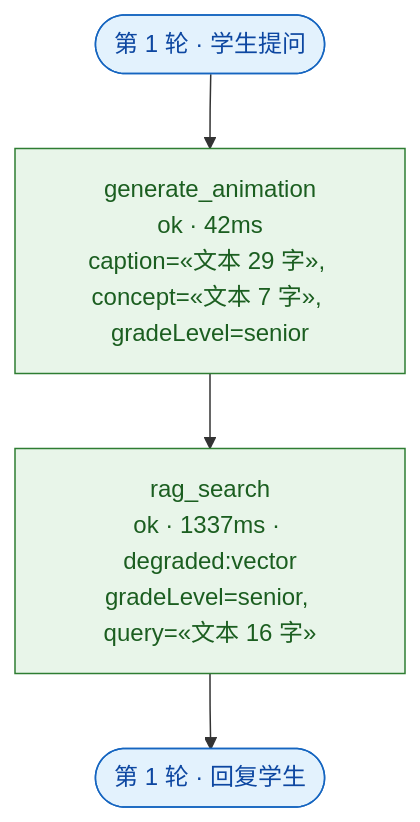
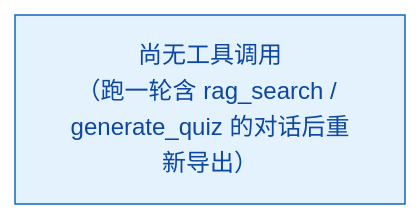
One commit to IceFireIcer/K12AgentProject changed the diagram in docs/tool-trace.md. Above: the diagram before and after it, drawn with Mermaid. The commit also changed other lines of this file and 111 other files, not shown here.

````diff
--- a/docs/tool-trace.md
+++ b/docs/tool-trace.md
@@ -11,14 +11,11 @@
 ```mermaid
 flowchart TD
   %% 由 desktop/src/main/agent/trace.ts 自动生成，请勿手改
-  %% 生成时间：2026-09-17T05:54:15.716Z｜轮数：1｜调用：2 次
+  %% 生成时间：2026-09-19T18:47:24.794Z｜轮数：3｜调用：0 次
   %% 参数只记摘要（不含原文 / 密钥 / 学生个人信息）
   classDef turn fill:#e3f2fd,stroke:#1565c0,stroke-width:1px,color:#0d47a1
   classDef ok fill:#e8f5e9,stroke:#2e7d32,stroke-width:1px,color:#1b5e20
   classDef fail fill:#ffebee,stroke:#c62828,stroke-width:1px,color:#b71c1c
   classDef blocked fill:#fff8e1,stroke:#f9a825,stroke-width:1px,color:#795548
-  T1_START(["第 1 轮 · 学生提问"]):::turn
-  T1_START --> T1_C_1["generate_animation<br/>ok · 42ms<br/>caption=«文本 29 字», concept=«文本 7 字», gradeLevel=senior"]:::ok
-  T1_C_1 --> T1_C_2["rag_search<br/>ok · 1337ms · degraded:vector<br/>gradeLevel=senior, query=«文本 16 字»"]:::ok
-  T1_C_2 --> T1_END(["第 1 轮 · 回复学生"]):::turn
+  EMPTY["尚无工具调用<br/>（跑一轮含 rag_search / generate_quiz 的对话后重新导出）"]:::turn
 ```
````
